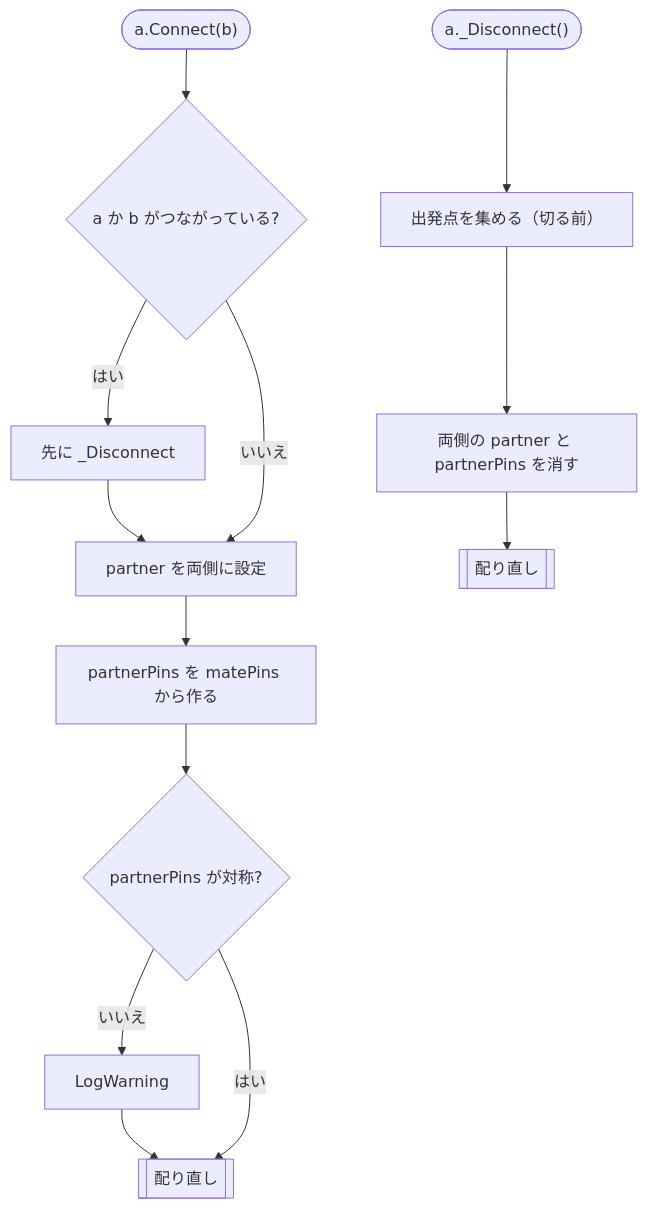
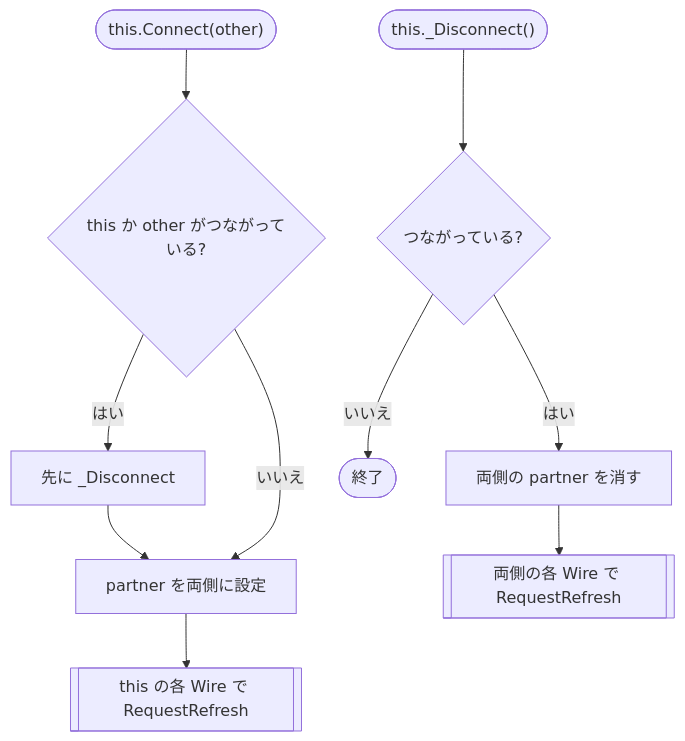
The second of 3 diagrams in Design.md (frou01/UdonSharpPickupCable), drawn with Mermaid before and after one commit. The commit also changed other lines of this file, not shown here.

````diff
--- a/Design.md
+++ b/Design.md
@@ -146,13 +153,11 @@
 ```mermaid
 flowchart TD
-  c0(["a.Connect(b)"]) --> c1{"a か b がつながっている?"}
+  c0(["this.Connect(other)"]) --> c1{"this か other がつながっている?"}
   c1 -- はい --> c2["先に _Disconnect"] --> c3
   c1 -- いいえ --> c3["partner を両側に設定"]
-  c3 --> c4["partnerPins を matePins から作る"]
-  c4 --> c5{"partnerPins が対称?"}
-  c5 -- いいえ --> c6["LogWarning"] --> c7
-  c5 -- はい --> c7[["配り直し"]]
-  d0(["a._Disconnect()"]) --> d1["出発点を集める（切る前）"]
-  d1 --> d2["両側の partner と partnerPins を消す"]
-  d2 --> d3[["配り直し"]]
+  c3 --> c7[["this の各 Wire で RequestRefresh"]]
+  d0(["this._Disconnect()"]) --> d1{"つながっている?"}
+  d1 -- いいえ --> d9(["終了"])
+  d1 -- はい --> d2["両側の partner を消す"]
+  d2 --> d3[["両側の各 Wire で RequestRefresh"]]
 ```
````
